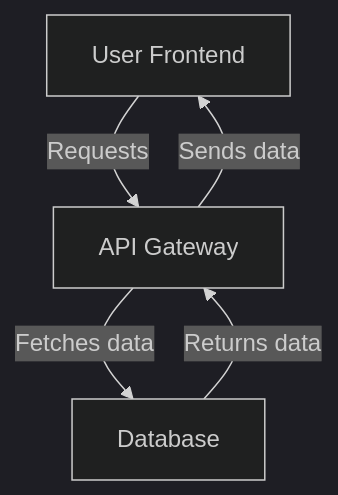
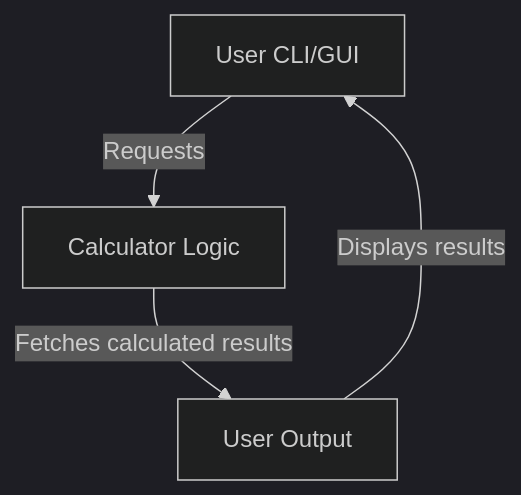
The diagram in docs/diagrams/architecture.mmd (thoaihcmc/docs-pipeline-e2e-test), drawn with Mermaid (dark theme) before and after one commit. The commit also changed 6 other files, not shown here.

Commit message:
docs: auto-generate FDD, BDD, ADD and diagrams for 4ce49b000eb902ba9ecafbc721b8a65889576ca4

````diff
--- a/docs/diagrams/architecture.mmd
+++ b/docs/diagrams/architecture.mmd
@@ -1,7 +1,6 @@
 ```mermaid
   graph TD;  
-    A[User Frontend] -->|Requests| B[API Gateway];  
-    B -->|Fetches data| C[Database];  
-    C -->|Returns data| B;  
-    B -->|Sends data| A;
+    A[User CLI/GUI] -->|Requests| B[Calculator Logic];  
+    B -->|Fetches calculated results| C[User Output];  
+    C -->|Displays results| A;
 ```
````
